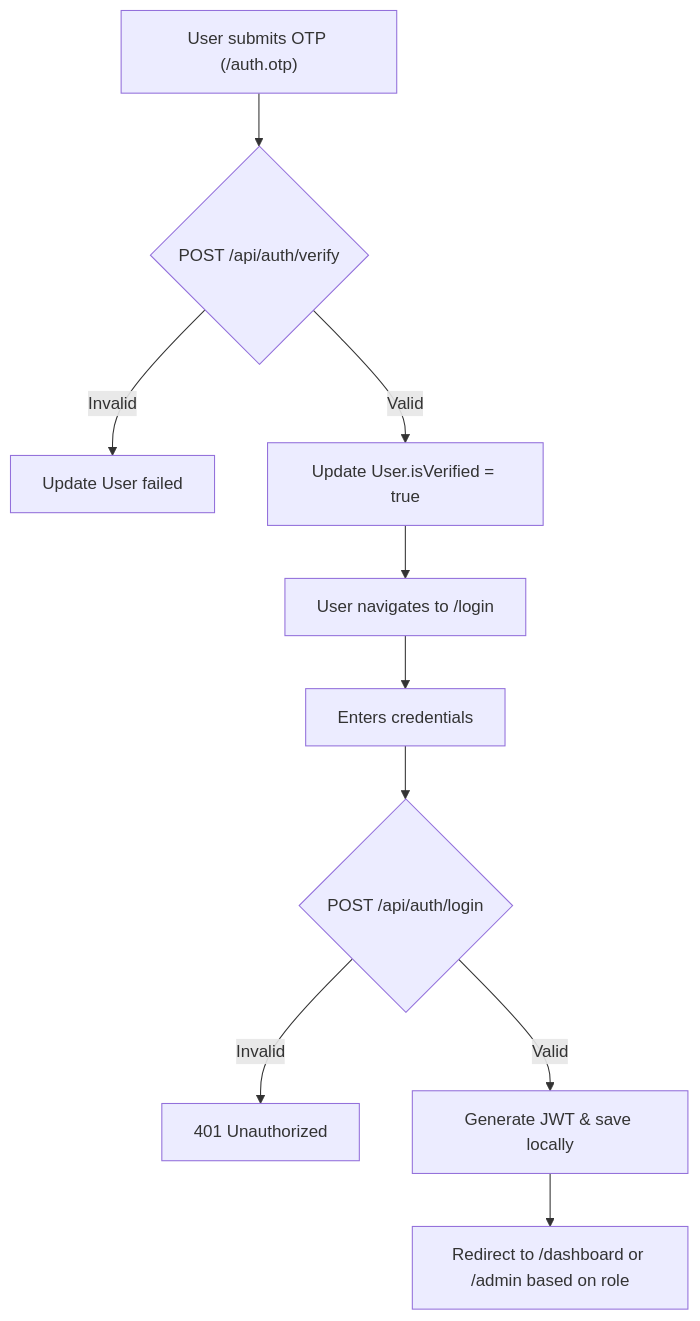
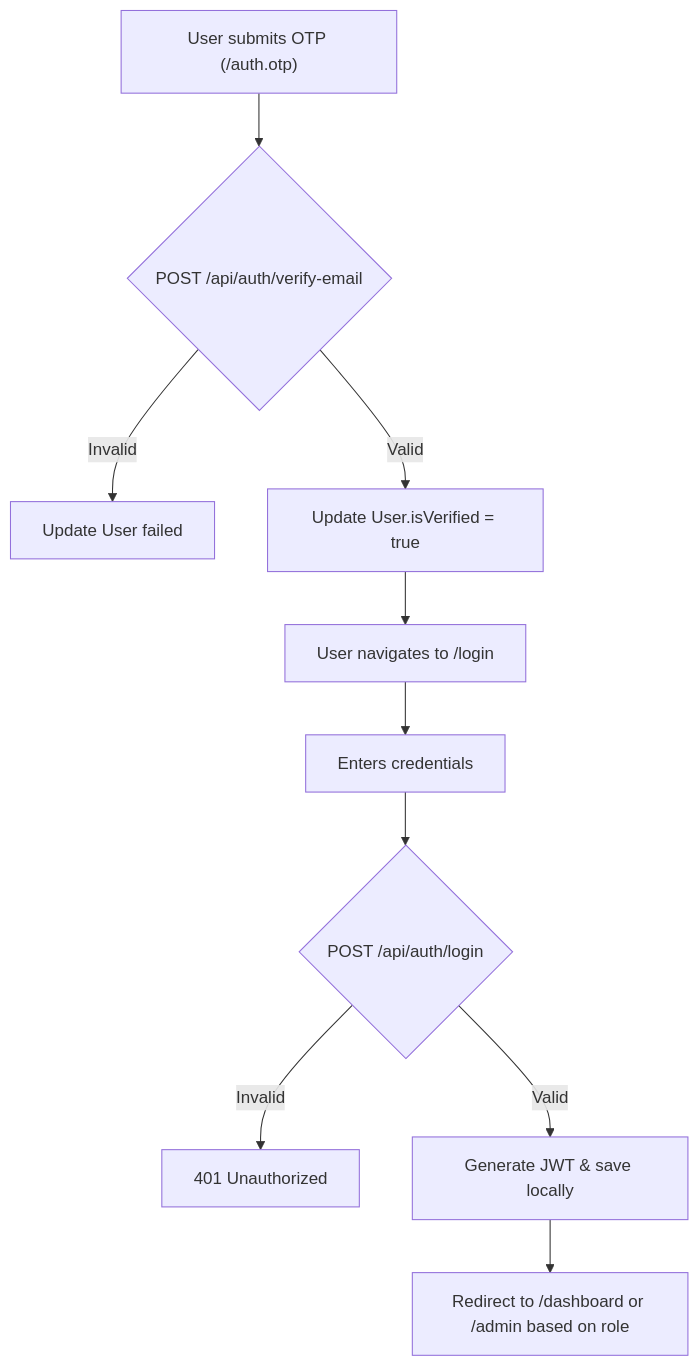
The second of 20 diagrams in CODESRIJAN_COMPLETE_PLATFORM_FLOWS.md (varunsehgal05/codesrijan), drawn with Mermaid before and after one commit. The commit also changed other lines of this file and 28 other files, not shown here.

````diff
--- a/CODESRIJAN_COMPLETE_PLATFORM_FLOWS.md
+++ b/CODESRIJAN_COMPLETE_PLATFORM_FLOWS.md
@@ -277,12 +277,12 @@
 ```mermaid
 flowchart TD
-    A["User submits OTP (/auth.otp)"] --> B{"POST /api/auth/verify"}
+    A["User submits OTP (/auth.otp)"] --> B{"POST /api/auth/verify-email"}
     B -->|Invalid| C["Update User failed"]
     B -->|Valid| D["Update User.isVerified = true"]
     D --> E["User navigates to /login"]
     E --> F["Enters credentials"]
     F --> G{"POST /api/auth/login"}
     G -->|Invalid| H["401 Unauthorized"]
     G -->|Valid| I["Generate JWT & save locally"]
     I --> J["Redirect to /dashboard or /admin based on role"]
 ```
````
